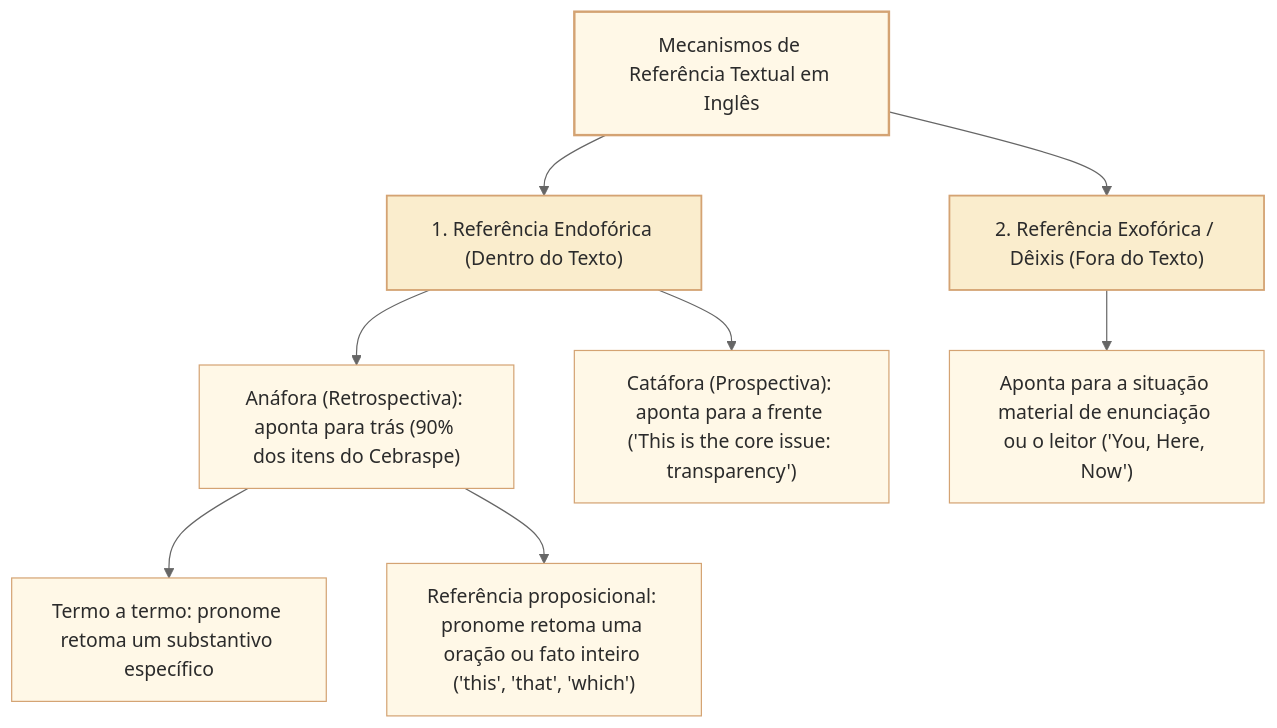
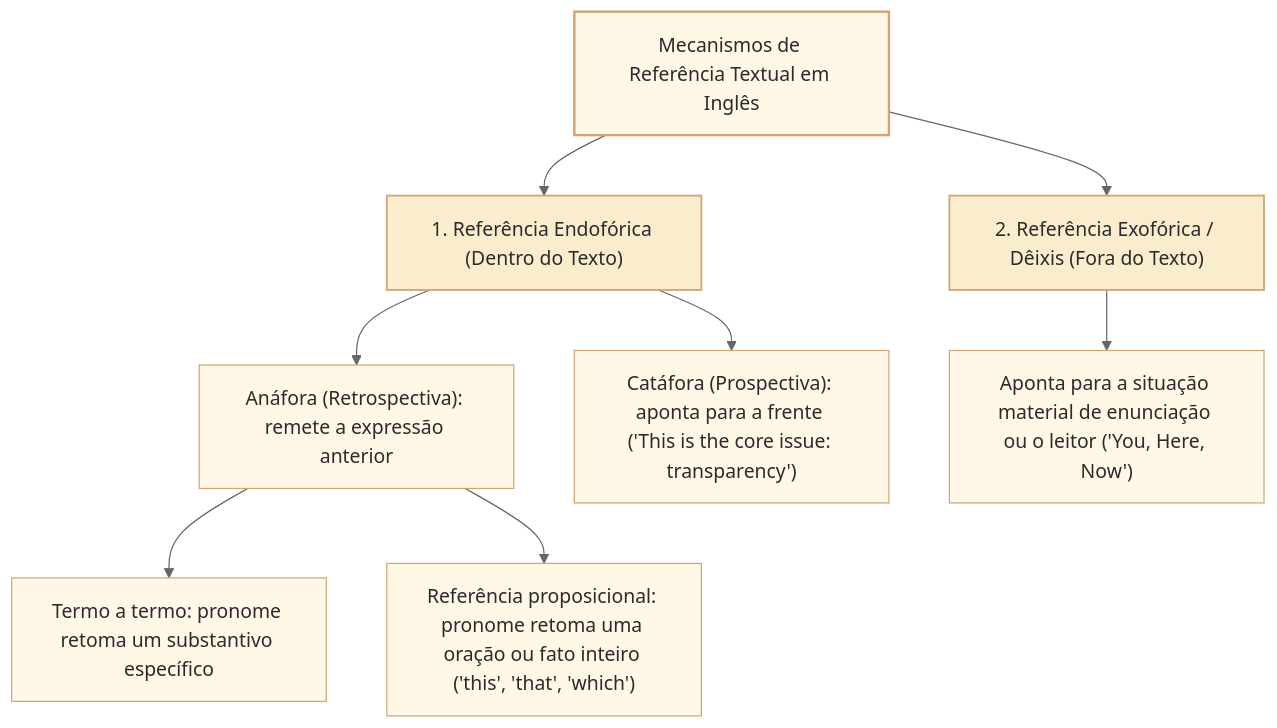
One commit to leorruas/concursos changed the first of 2 diagrams in 3 - Materias/Ingles/09 - coesao referencial e referentes de pronomes.md. Above: the diagram before and after it, drawn with Mermaid (neutral theme). The commit also changed other lines of this file, not shown here.

````diff
--- a/3 - Materias/Ingles/09 - coesao referencial e referentes de pronomes.md
+++ b/3 - Materias/Ingles/09 - coesao referencial e referentes de pronomes.md
@@ -40,21 +40,21 @@
 ```mermaid
 flowchart TD
     A["Mecanismos de Referência Textual em Inglês"] --> B["1. Referência Endofórica (Dentro do Texto)"]
     A --> C["2. Referência Exofórica / Dêixis (Fora do Texto)"]
     
-    B --> B1["Anáfora (Retrospectiva): aponta para trás (90% dos itens do Cebraspe)"]
+    B --> B1["Anáfora (Retrospectiva): remete a expressão anterior"]
     B --> B2["Catáfora (Prospectiva): aponta para a frente ('This is the core issue: transparency')"]
     
     C --> C1["Aponta para a situação material de enunciação ou o leitor ('You, Here, Now')"]
     
     B1 --> D1["Termo a termo: pronome retoma um substantivo específico"]
     B1 --> D2["Referência proposicional: pronome retoma uma oração ou fato inteiro ('this', 'that', 'which')"]
 
     classDef raiz fill:#fff8e7,stroke:#d4a373,color:#2b2b2b,stroke-width:2px;
     classDef ramo fill:#faedcd,stroke:#d4a373,color:#2b2b2b,stroke-width:1.5px;
     classDef folha fill:#fff8e7,stroke:#d4a373,color:#2b2b2b,stroke-width:1px;
 
     class A raiz;
     class B,C ramo;
     class B1,B2,C1,D1,D2 folha;
 ```
````
